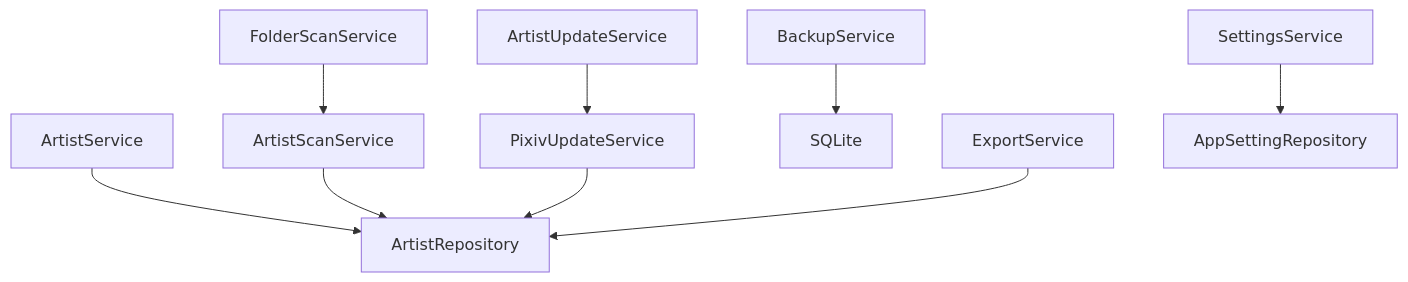
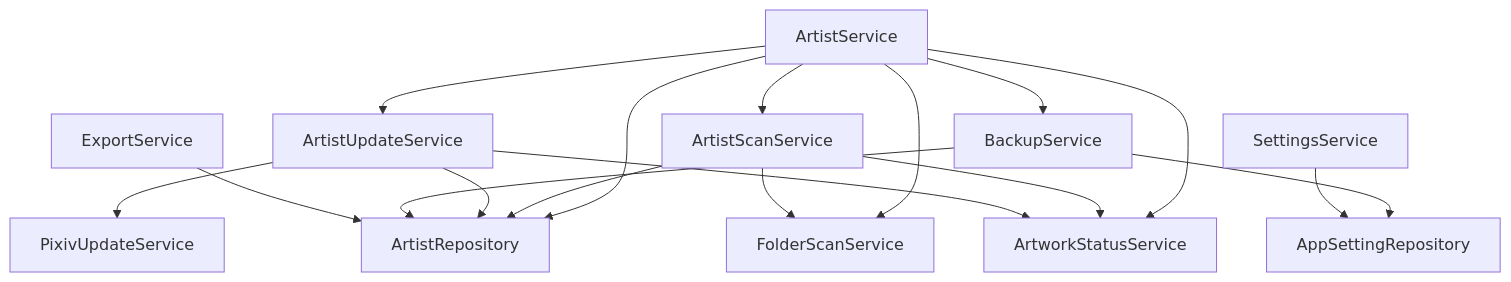
Diagram 11 of 12 in docs/07_ARCHITECTURE.md (PKT0623/PixivLocalManager), drawn with Mermaid before and after one commit. The commit also changed other lines of this file and 10 other files, not shown here.

````diff
--- a/docs/07_ARCHITECTURE.md
+++ b/docs/07_ARCHITECTURE.md
@@ -305,31 +403,27 @@
 ```mermaid
 flowchart TD
 
 ArtistService
 
---> ArtistRepository
+ArtistService --> ArtistRepository
+ArtistService --> ArtistScanService
+ArtistService --> ArtistUpdateService
+ArtistService --> BackupService
+ArtistService --> FolderScanService
+ArtistService --> ArtworkStatusService
 
-FolderScanService
+ArtistScanService --> FolderScanService
+ArtistScanService --> ArtworkStatusService
+ArtistScanService --> ArtistRepository
 
---> ArtistScanService
+ArtistUpdateService --> PixivUpdateService
+ArtistUpdateService --> ArtworkStatusService
+ArtistUpdateService --> ArtistRepository
 
---> ArtistRepository
+BackupService --> ArtistRepository
+BackupService --> AppSettingRepository
 
-ArtistUpdateService
+ExportService --> ArtistRepository
 
---> PixivUpdateService
-
---> ArtistRepository
-
-BackupService
-
---> SQLite
-
-ExportService
-
---> ArtistRepository
-
-SettingsService
-
---> AppSettingRepository
+SettingsService --> AppSettingRepository
 ```
````
